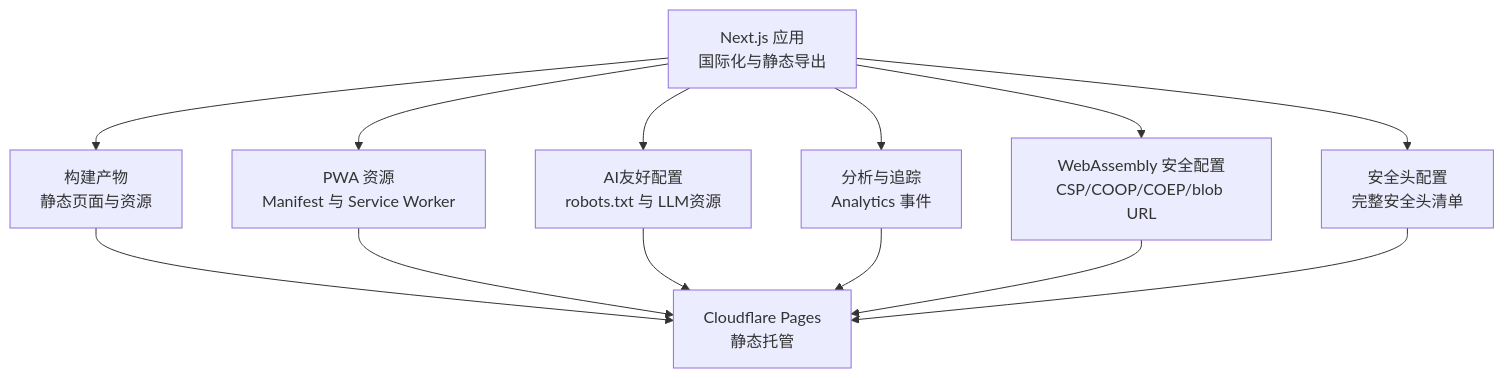
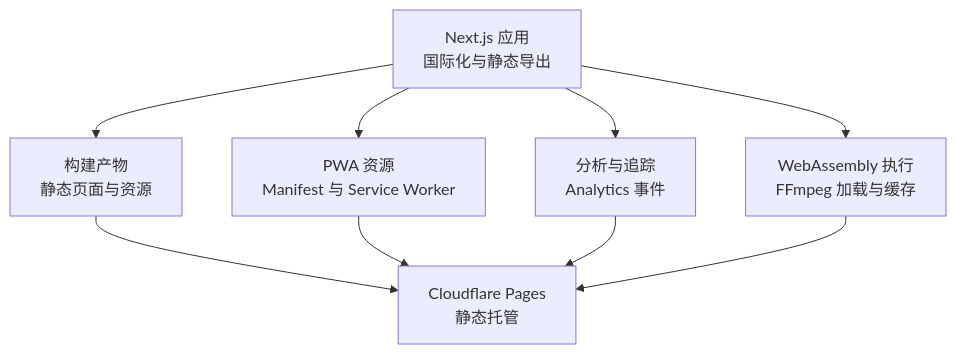
The first of 8 diagrams in .qoder/repowiki/zh/content/部署与维护.md (sgyy/privadeck), drawn with Mermaid before and after one commit. The commit also changed other lines of this file and 48 other files, not shown here.

````diff
--- a/.qoder/repowiki/zh/content/部署与维护.md
+++ b/.qoder/repowiki/zh/content/部署与维护.md
@@ -58,15 +41,11 @@
 ```mermaid
 graph TB
 A["Next.js 应用<br/>国际化与静态导出"] --> B["构建产物<br/>静态页面与资源"]
 B --> C["Cloudflare Pages<br/>静态托管"]
 A --> D["PWA 资源<br/>Manifest 与 Service Worker"]
 D --> C
-A --> E["AI友好配置<br/>robots.txt 与 LLM资源"]
+A --> E["分析与追踪<br/>Analytics 事件"]
 E --> C
-A --> F["分析与追踪<br/>Analytics 事件"]
+A --> F["WebAssembly 执行<br/>FFmpeg 加载与缓存"]
 F --> C
-A --> G["WebAssembly 安全配置<br/>CSP/COOP/COEP/blob URL"]
-G --> C
-A --> H["安全头配置<br/>完整安全头清单"]
-H --> C
 ```
````
